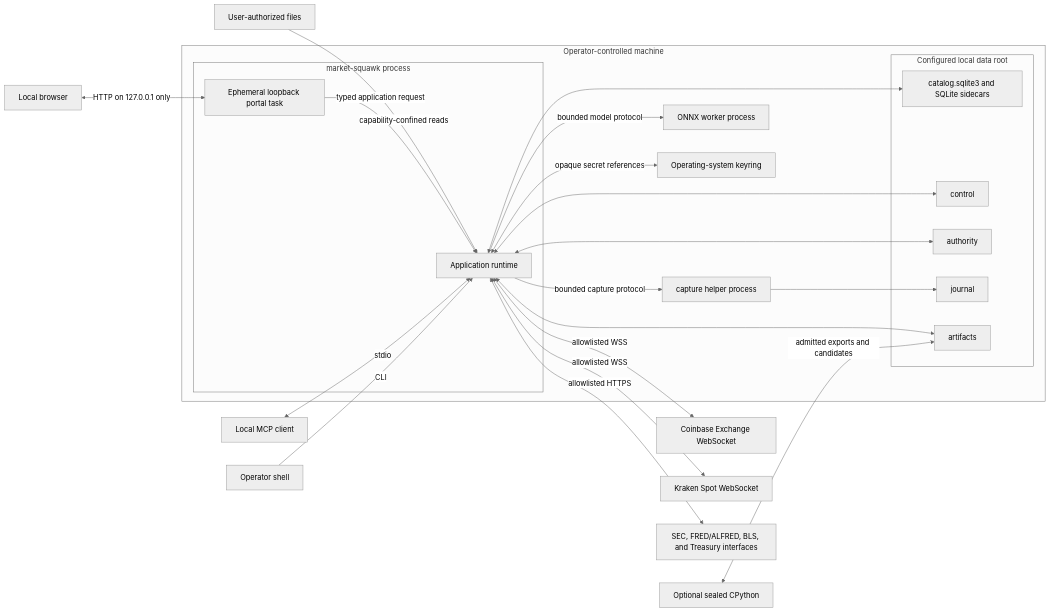
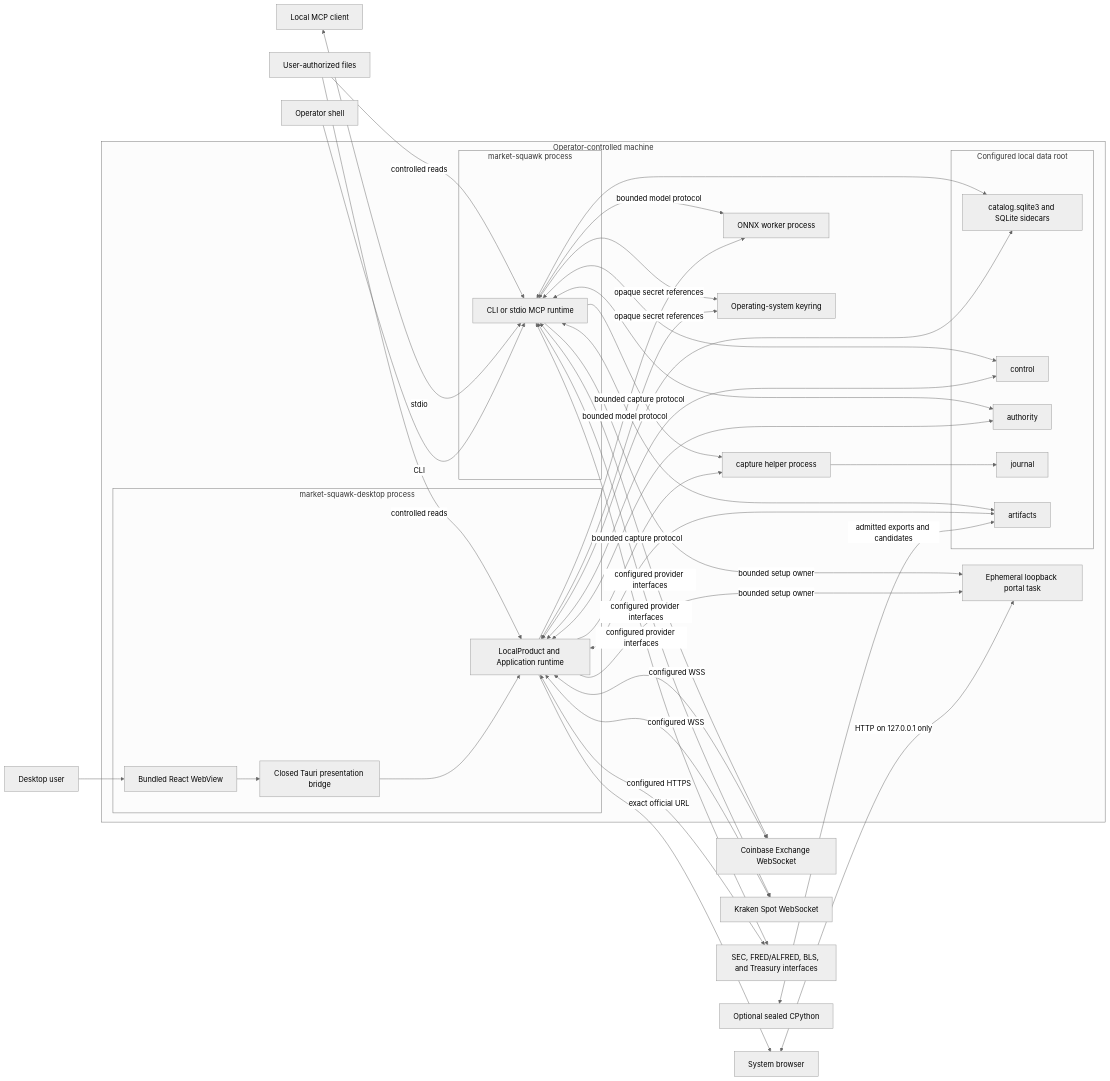
Before and after one commit to Sawmonabo/market-squawk: the diagram in docs/architecture/deployment.md, drawn with Mermaid (neutral theme). The commit also changed other lines of this file and 16 other files, not shown here.

````diff
--- a/docs/architecture/deployment.md
+++ b/docs/architecture/deployment.md
@@ -70,48 +75,69 @@
 ```mermaid
 flowchart LR
+    DesktopUser["Desktop user"]
     Operator["Operator shell"]
     McpClient["Local MCP client"]
-    Browser["Local browser"]
+    Browser["System browser"]
     Python["Optional sealed CPython"]
 
     subgraph Host["Operator-controlled machine"]
-        subgraph MainProcess["market-squawk process"]
-            Main["Application runtime"]
-            Loopback["Ephemeral loopback portal task"]
+        subgraph DesktopProcess["market-squawk-desktop process"]
+            WebView["Bundled React WebView"]
+            Bridge["Closed Tauri presentation bridge"]
+            DesktopMain["LocalProduct and Application runtime"]
+            WebView --> Bridge --> DesktopMain
         end
+        subgraph CliProcess["market-squawk process"]
+            CliMain["CLI or stdio MCP runtime"]
+        end
+        Loopback["Ephemeral loopback portal task"]
         Capture["capture helper process"]
         Onnx["ONNX worker process"]
         Keyring["Operating-system keyring"]
 
         subgraph DataRoot["Configured local data root"]
             Catalog["catalog.sqlite3 and SQLite sidecars"]
             Control["control"]
             Authority["authority"]
             Journal["journal"]
             Artifacts["artifacts"]
         end
     end
 
     Coinbase["Coinbase Exchange WebSocket"]
     Kraken["Kraken Spot WebSocket"]
     Official["SEC, FRED/ALFRED, BLS, and Treasury interfaces"]
     Inputs["User-authorized files"]
 
-    Operator -->|"CLI"| Main
-    McpClient <-->|"stdio"| Main
+    DesktopUser --> WebView
+    Operator -->|"CLI"| CliMain
+    McpClient <-->|"stdio"| CliMain
     Browser <-->|"HTTP on 127.0.0.1 only"| Loopback
-    Loopback -->|"typed application request"| Main
+    DesktopMain -->|"bounded setup owner"| Loopback
+    CliMain -->|"bounded setup owner"| Loopback
+    DesktopMain -->|"exact official URL"| Browser
     Python <-->|"admitted exports and candidates"| Artifacts
-    Main <-->|"allowlisted WSS"| Coinbase
-    Main <-->|"allowlisted WSS"| Kraken
-    Main <-->|"allowlisted HTTPS"| Official
-    Inputs -->|"capability-confined reads"| Main
-    Main <-->|"opaque secret references"| Keyring
-    Main -->|"bounded capture protocol"| Capture
+    DesktopMain <-->|"configured WSS"| Coinbase
+    DesktopMain <-->|"configured WSS"| Kraken
+    DesktopMain <-->|"configured HTTPS"| Official
+    CliMain <-->|"configured provider interfaces"| Coinbase
+    CliMain <-->|"configured provider interfaces"| Kraken
+    CliMain <-->|"configured provider interfaces"| Official
+    Inputs -->|"controlled reads"| DesktopMain
+    Inputs -->|"controlled reads"| CliMain
+    DesktopMain <-->|"opaque secret references"| Keyring
+    CliMain <-->|"opaque secret references"| Keyring
+    DesktopMain -->|"bounded capture protocol"| Capture
+    CliMain -->|"bounded capture protocol"| Capture
     Capture --> Journal
-    Main -->|"bounded model protocol"| Onnx
-    Main <--> Catalog
-    Main <--> Control
-    Main <--> Authority
-    Main <--> Artifacts
+    DesktopMain -->|"bounded model protocol"| Onnx
+    CliMain -->|"bounded model protocol"| Onnx
+    DesktopMain <--> Catalog
+    DesktopMain <--> Control
+    DesktopMain <--> Authority
+    DesktopMain <--> Artifacts
+    CliMain <--> Catalog
+    CliMain <--> Control
+    CliMain <--> Authority
+    CliMain <--> Artifacts
 ```
````
